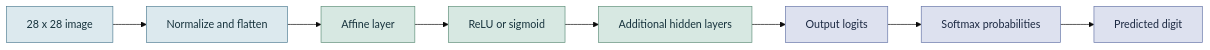
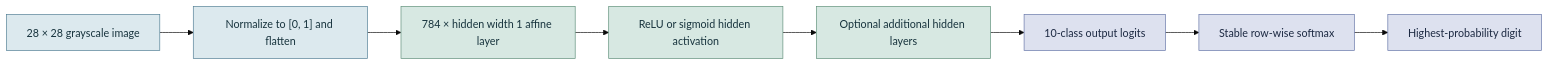
One commit to ArshiBansal/multilayer-perceptron-from-scratch changed the first of 2 diagrams in README.md. Above: the diagram before and after it, drawn with Mermaid (base theme). The commit also changed other lines of this file, not shown here.

````diff
--- a/README.md
+++ b/README.md
@@ -161,17 +161,17 @@
 ```mermaid
 flowchart LR
-    X["28 x 28 image"] --> P["Normalize and flatten"]
-    P --> H1["Affine layer"]
-    H1 --> A1["ReLU or sigmoid"]
-    A1 --> HN["Additional hidden layers"]
-    HN --> O["Output logits"]
-    O --> S["Softmax probabilities"]
-    S --> Y["Predicted digit"]
+    X["28 × 28 grayscale image"] --> P["Normalize to [0, 1] and flatten"]
+    P --> H1["784 × hidden width 1 affine layer"]
+    H1 --> A1["ReLU or sigmoid hidden activation"]
+    A1 --> HN["Optional additional hidden layers"]
+    HN --> O["10-class output logits"]
+    O --> S["Stable row-wise softmax"]
+    S --> Y["Highest-probability digit"]
 
     classDef data fill:#DCE9EE,stroke:#527F94,color:#17333D
     classDef layer fill:#D7E8E2,stroke:#5F8F7A,color:#17333D
     classDef output fill:#DDE1EF,stroke:#6675A8,color:#1C2942
     class X,P data
     class H1,A1,HN layer
     class O,S,Y output
 ```
````
